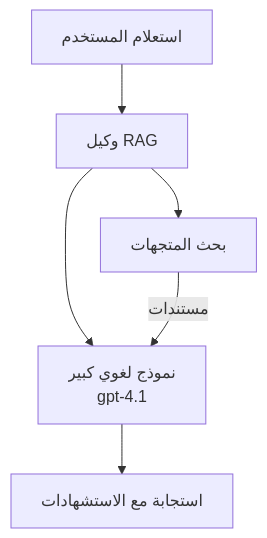
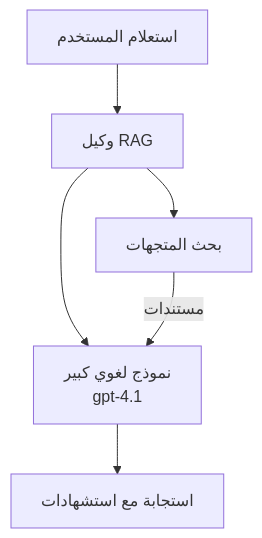
The second of 3 diagrams in translations/ar/docs/chapter-02-ai-development/agents.md (microsoft/AZD-for-beginners), drawn with Mermaid before and after one commit. The commit also changed other lines of this file and 101 other files, not shown here.

````diff
--- a/translations/ar/docs/chapter-02-ai-development/agents.md
+++ b/translations/ar/docs/chapter-02-ai-development/agents.md
@@ -170,8 +175,8 @@
 ```mermaid
 graph TD
     Query[استعلام المستخدم] --> RAG[وكيل RAG]
     RAG --> Vector[بحث المتجهات]
     RAG --> LLM[نموذج لغوي كبير<br/>gpt-4.1]
     Vector -- مستندات --> LLM
-    LLM --> Response[استجابة مع الاستشهادات]
+    LLM --> Response[استجابة مع استشهادات]
 ```
````
